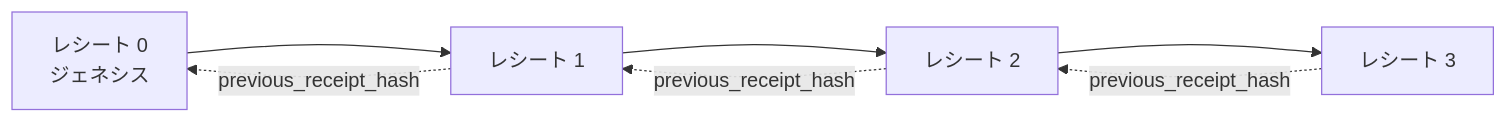
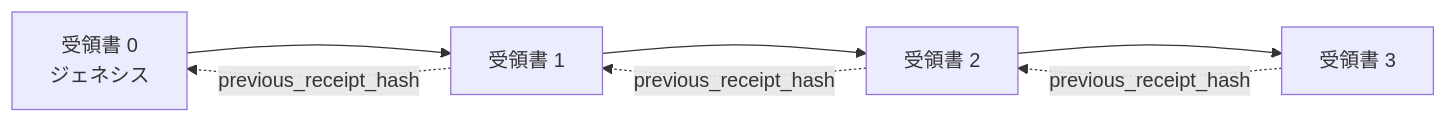
Before and after one commit to gabrielmoreira/agent-skills-mirror: the second of 2 diagrams in mirrors/repos/microsoft@ai-agents-for-beginners/translations/ja/18-securing-ai-agents/README.md, drawn with Mermaid. The commit also changed other lines of this file and 8886 other files, not shown here.

````diff
--- a/mirrors/repos/microsoft@ai-agents-for-beginners/translations/ja/18-securing-ai-agents/README.md
+++ b/mirrors/repos/microsoft@ai-agents-for-beginners/translations/ja/18-securing-ai-agents/README.md
@@ -206,9 +206,9 @@
 ```mermaid
 flowchart LR
-    R0[レシート 0<br/>ジェネシス] --> R1[レシート 1]
-    R1 --> R2[レシート 2]
-    R2 --> R3[レシート 3]
+    R0[受領書 0<br/>ジェネシス] --> R1[受領書 1]
+    R1 --> R2[受領書 2]
+    R2 --> R3[受領書 3]
     R1 -. previous_receipt_hash .-> R0
     R2 -. previous_receipt_hash .-> R1
     R3 -. previous_receipt_hash .-> R2
 ```
````
